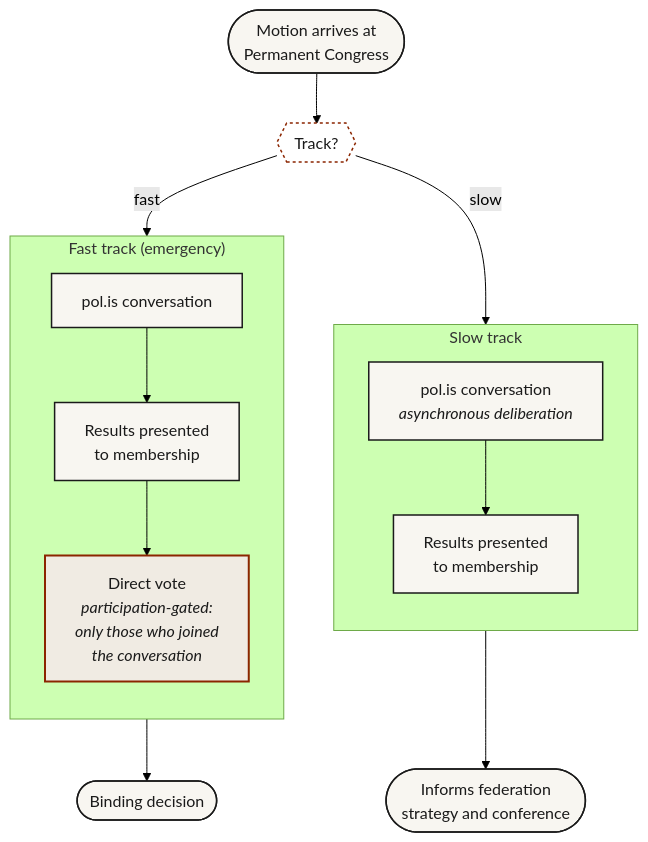
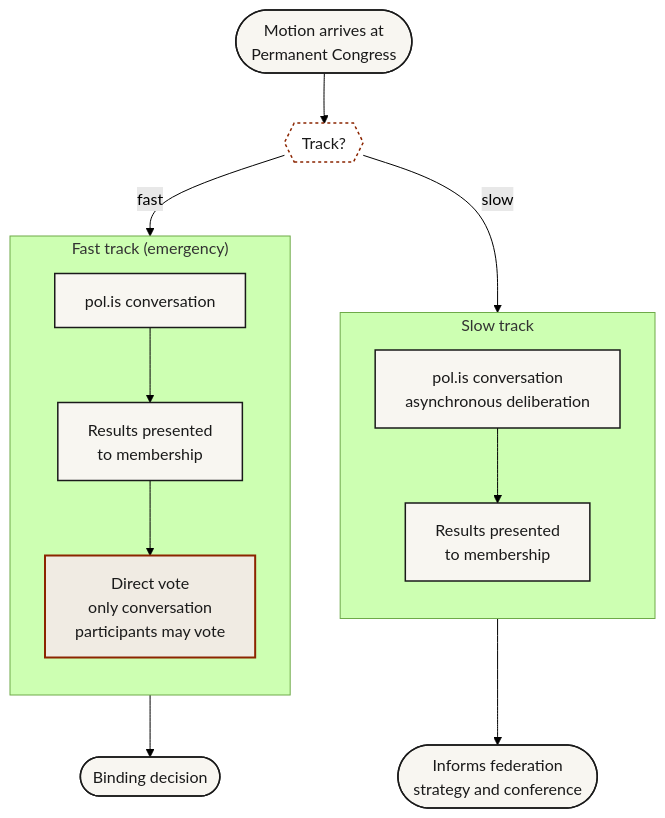
The diagram in patchwork-congress.mmd (TheDryhtscipe/patchworkfed), drawn with Mermaid (forest theme) before and after one commit. The commit also changed 3 other files, not shown here.

First line of the commit message:
Strip diagram italics to fix label clipping

```diff
--- a/patchwork-congress.mmd
+++ b/patchwork-congress.mmd
@@ -1,32 +1,32 @@
 %% Patchwork Federation — Permanent Congress tracks
 flowchart TB
   IN(["Motion arrives at<br/>Permanent Congress"])
   IN --> TRACK{{"Track?"}}
 
   subgraph SLOW["Slow track"]
     direction TB
-    SPOLIS["pol.is conversation<br/><i>asynchronous deliberation</i>"]
+    SPOLIS["pol.is conversation<br/>asynchronous deliberation"]
     SRESULT["Results presented<br/>to membership"]
     SPOLIS --> SRESULT
   end
 
   subgraph FASTT["Fast track (emergency)"]
     direction TB
     FPOLIS["pol.is conversation"]
     FRESULT["Results presented<br/>to membership"]
-    FVOTE["Direct vote<br/><i>participation-gated:<br/>only those who joined<br/>the conversation</i>"]
+    FVOTE["Direct vote<br/>only conversation<br/>participants may vote"]
     FPOLIS --> FRESULT --> FVOTE
   end
 
   TRACK -->|slow| SPOLIS
   TRACK -->|fast| FPOLIS
 
   SRESULT --> NEXT(["Informs federation<br/>strategy and conference"])
   FVOTE --> DECIDED(["Binding decision"])
 
   classDef accent fill:#f0ebe3,stroke:#8b2500,stroke-width:2px,color:#1a1a1a
   classDef body fill:#f8f6f1,stroke:#1a1a1a,stroke-width:1.5px,color:#1a1a1a
   classDef process fill:#fff,stroke:#8b2500,stroke-width:1.5px,color:#1a1a1a,stroke-dasharray: 3 3
   class FVOTE accent
   class IN,SPOLIS,SRESULT,FPOLIS,FRESULT,NEXT,DECIDED body
   class TRACK process
```
